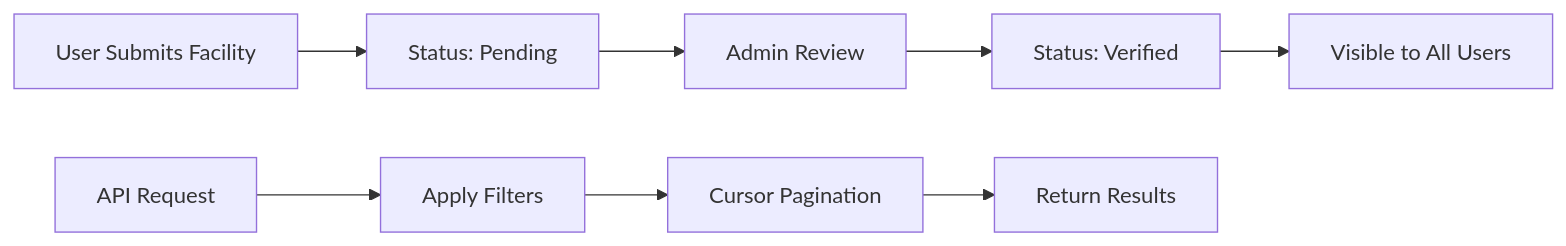
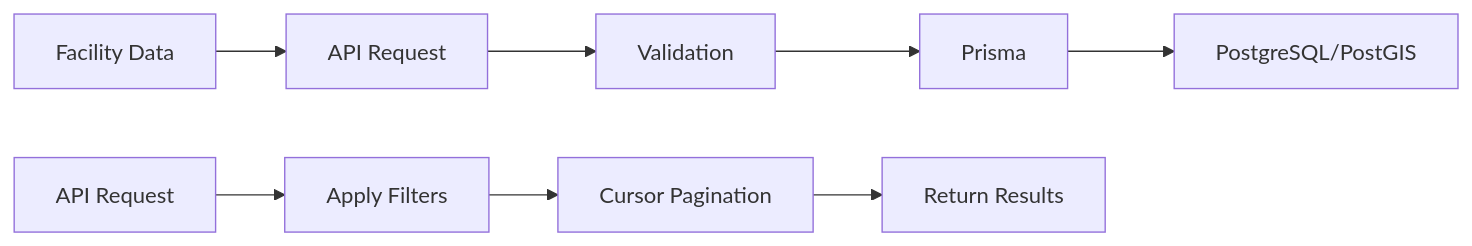
Before and after one commit to Abuaslamtech/climap-backend: the diagram in README.md, drawn with Mermaid. The commit also changed other lines of this file and 36 other files, not shown here.

````diff
--- a/README.md
+++ b/README.md
@@ -191,11 +197,11 @@
 ```mermaid
 graph LR
-    A[User Submits Facility] --> B[Status: Pending]
-    B --> C[Admin Review]
-    C --> D[Status: Verified]
-    D --> E[Visible to All Users]
+    A[Facility Data] --> B[API Request]
+    B --> C[Validation]
+    C --> D[Prisma]
+    D --> E[PostgreSQL/PostGIS]
     
     F[API Request] --> G[Apply Filters]
     G --> H[Cursor Pagination]
     H --> I[Return Results]
 ```
````
